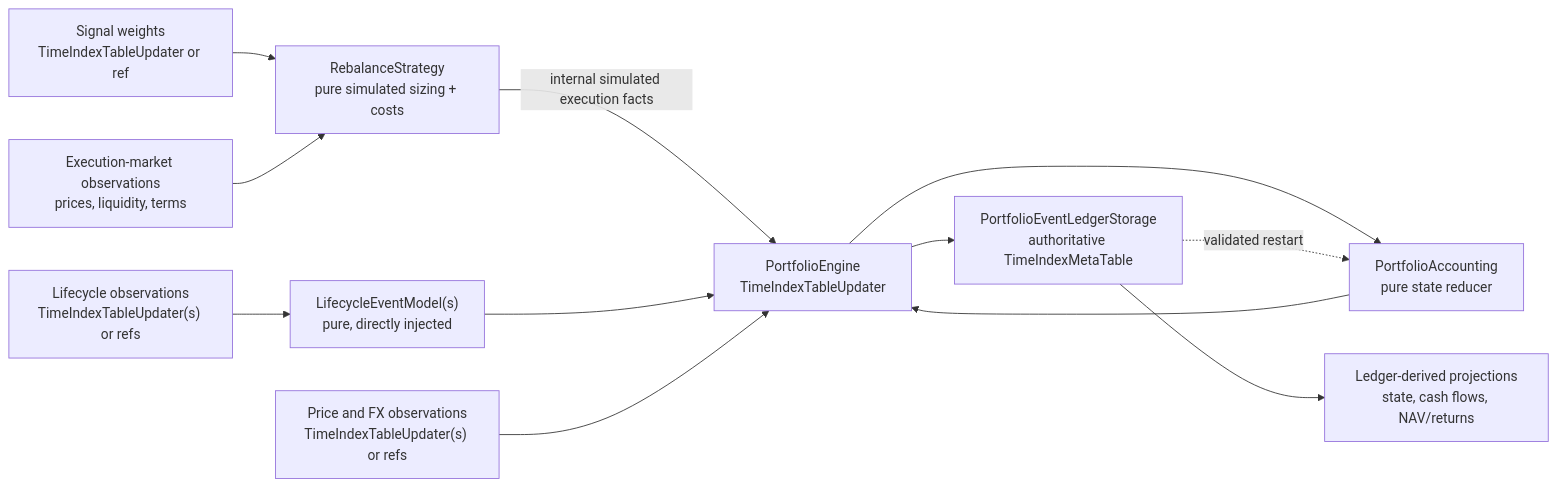
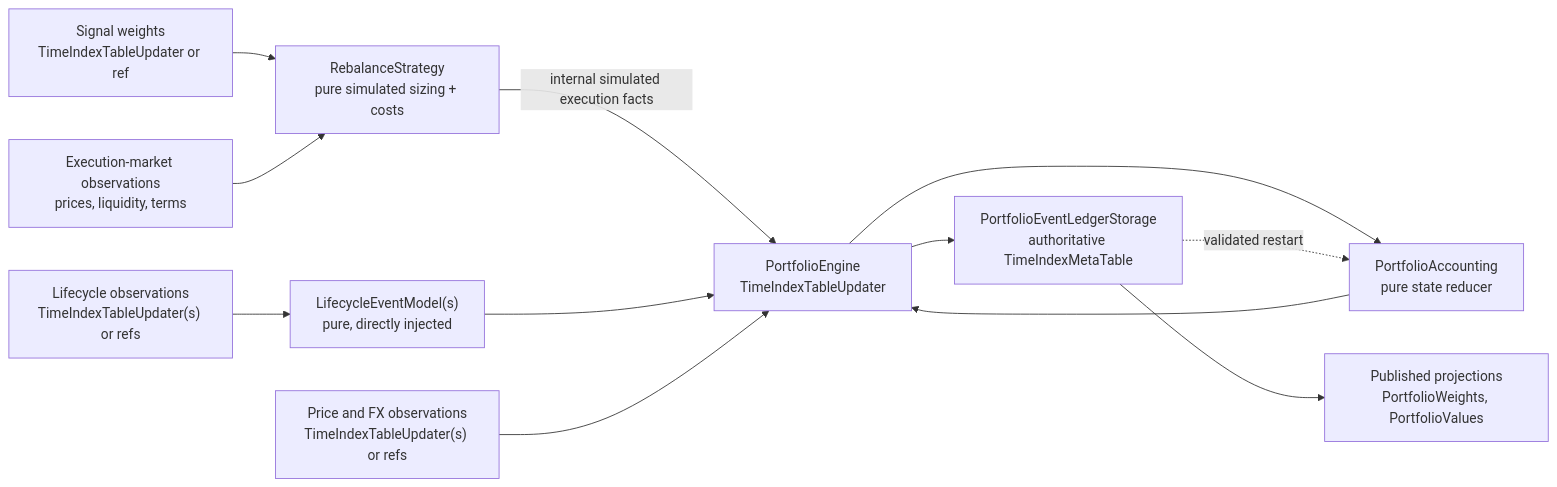
Before and after one commit to mainsequence-projects/MainSequenceMarkets: the diagram in docs/knowledge/msm_portfolios/portfolios/accounting.md, drawn with Mermaid. The commit also changed other lines of this file and 79 other files, not shown here.

First line of the commit message:
Every portfolio keeps a ledger (ADR 0065)

````diff
--- a/docs/knowledge/msm_portfolios/portfolios/accounting.md
+++ b/docs/knowledge/msm_portfolios/portfolios/accounting.md
@@ -30,23 +30,23 @@
 ```mermaid
 flowchart LR
     SW["Signal weights<br/>TimeIndexTableUpdater or ref"]
     MO["Execution-market observations<br/>prices, liquidity, terms"]
     RS["RebalanceStrategy<br/>pure simulated sizing + costs"]
     LF["Lifecycle observations<br/>TimeIndexTableUpdater(s) or refs"]
     VM["Price and FX observations<br/>TimeIndexTableUpdater(s) or refs"]
     LM["LifecycleEventModel(s)<br/>pure, directly injected"]
     PA["PortfolioAccounting<br/>pure state reducer"]
     PE["PortfolioEngine<br/>TimeIndexTableUpdater"]
     EL["PortfolioEventLedgerStorage<br/>authoritative TimeIndexMetaTable"]
-    RP["Ledger-derived projections<br/>state, cash flows, NAV/returns"]
+    RP["Published projections<br/>PortfolioWeights, PortfolioValues"]
 
     SW --> RS
     MO --> RS
     RS -->|internal simulated execution facts| PE
     LF --> LM --> PE
     VM --> PE
     PE --> PA --> PE
     PE --> EL
     EL -. validated restart .-> PA
     EL --> RP
 ```
````
